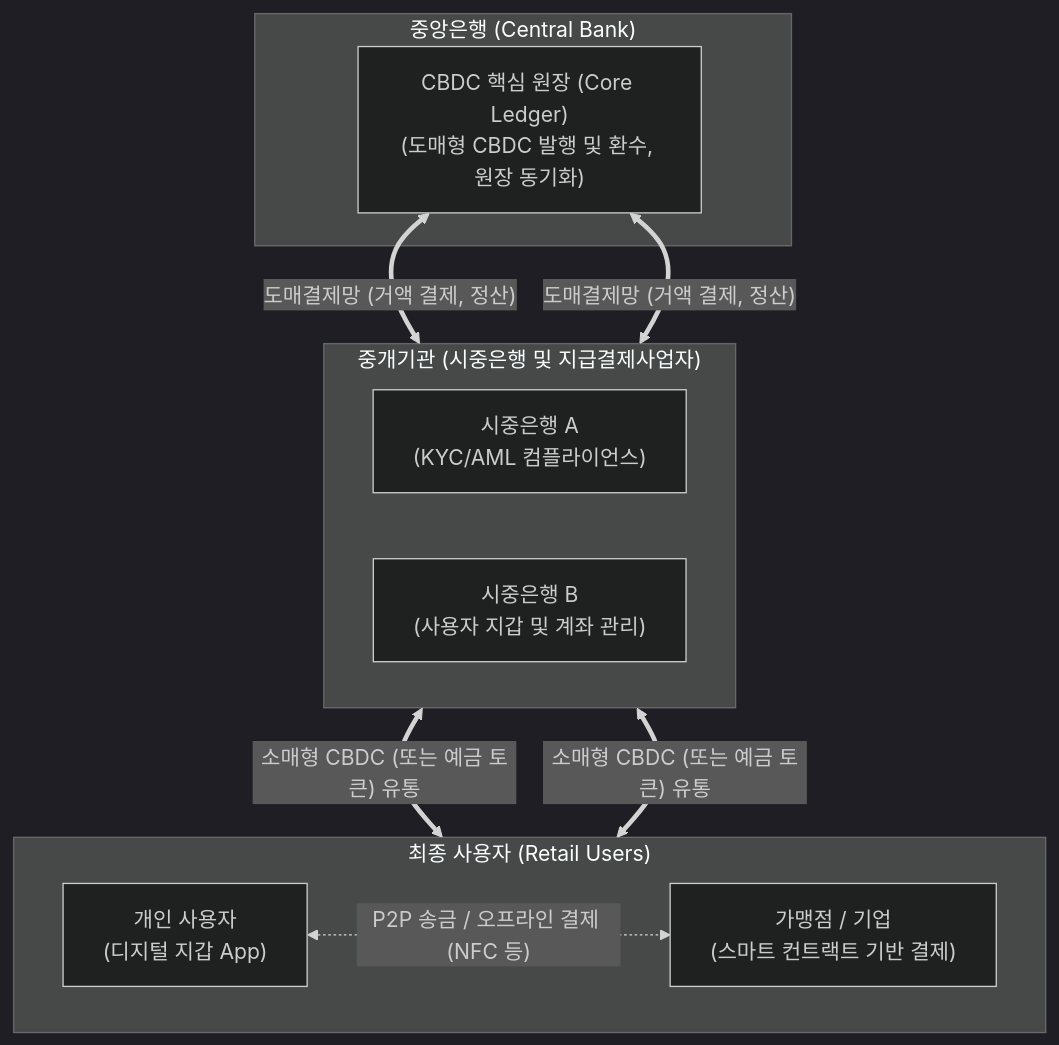
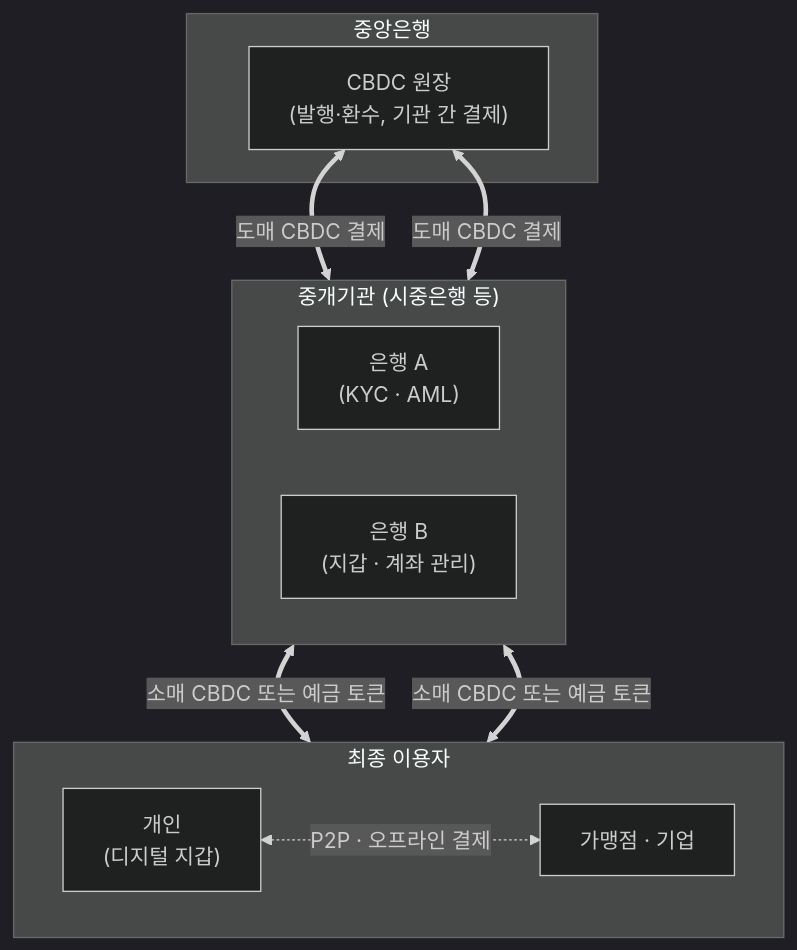
One commit to supremethumb/supremethumb.github.io changed the diagram in content/01_IT Tech/CBDC.md. Above: the diagram before and after it, drawn with Mermaid (dark theme). The commit also changed other lines of this file and 1087 other files, not shown here.

````diff
--- a/content/01_IT Tech/CBDC.md
+++ b/content/01_IT Tech/CBDC.md
@@ -23,28 +36,24 @@
 ```mermaid
 flowchart TB
-    subgraph CentralBank["중앙은행 (Central Bank)"]
-        CB_Core["CBDC 핵심 원장 (Core Ledger)<br/>(도매형 CBDC 발행 및 환수, 원장 동기화)"]
+    subgraph CentralBank["중앙은행"]
+        CB_Core["CBDC 원장<br/>(발행·환수, 기관 간 결제)"]
     end
 
-    subgraph Intermediary["중개기관 (시중은행 및 지급결제사업자)"]
+    subgraph Intermediary["중개기관 (시중은행 등)"]
         direction LR
-        CommBank1["시중은행 A<br/>(KYC/AML 컴플라이언스)"]
-        CommBank2["시중은행 B<br/>(사용자 지갑 및 계좌 관리)"]
+        Bank1["은행 A<br/>(KYC · AML)"]
+        Bank2["은행 B<br/>(지갑 · 계좌 관리)"]
     end
 
-    subgraph Retail["최종 사용자 (Retail Users)"]
+    subgraph Retail["최종 이용자"]
         direction LR
-        UserA["개인 사용자<br/>(디지털 지갑 App)"]
-        UserB["가맹점 / 기업<br/>(스마트 컨트랙트 기반 결제)"]
+        UserA["개인<br/>(디지털 지갑)"]
+        UserB["가맹점 · 기업"]
     end
 
-    CB_Core <== "도매결제망 (거액 결제, 정산)" ==> CommBank1
-    CB_Core <== "도매결제망 (거액 결제, 정산)" ==> CommBank2
-
-    CommBank1 <== "소매형 CBDC (또는 예금 토큰) 유통" ==> UserA
-    CommBank2 <== "소매형 CBDC (또는 예금 토큰) 유통" ==> UserB
-
-    UserA <-. "P2P 송금 / 오프라인 결제 (NFC 등)" .-> UserB
-
-
+    CB_Core <==>|"도매 CBDC 결제"| Bank1
+    CB_Core <==>|"도매 CBDC 결제"| Bank2
+    Bank1 <==>|"소매 CBDC 또는 예금 토큰"| UserA
+    Bank2 <==>|"소매 CBDC 또는 예금 토큰"| UserB
+    UserA <-.->|"P2P · 오프라인 결제"| UserB
 ```
````
